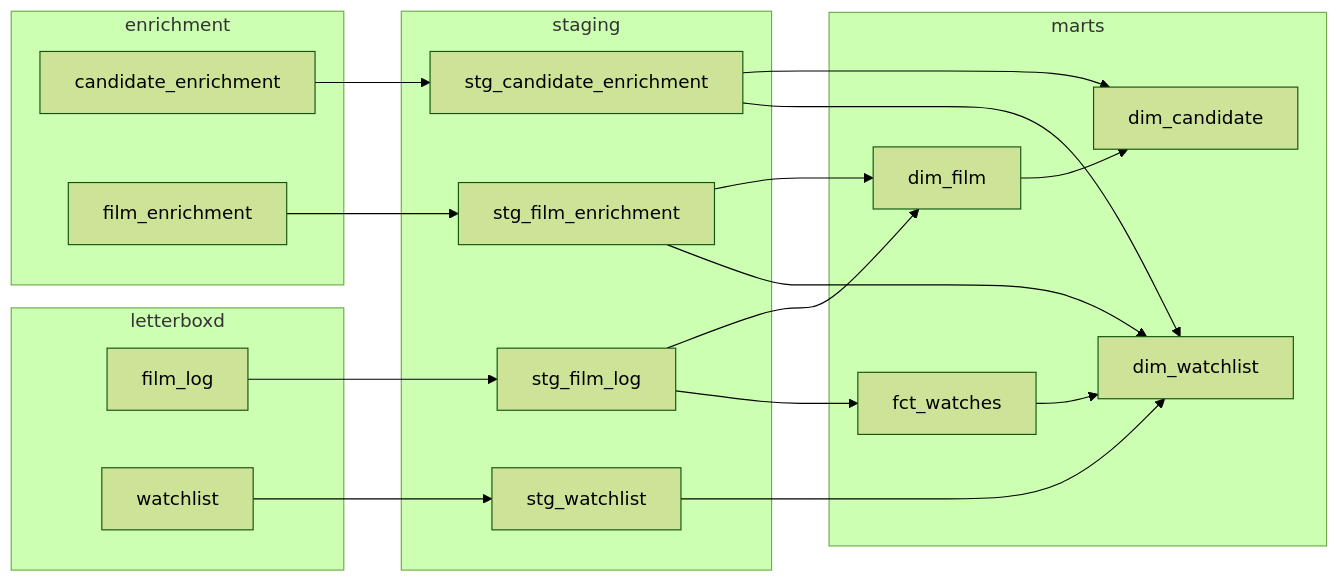
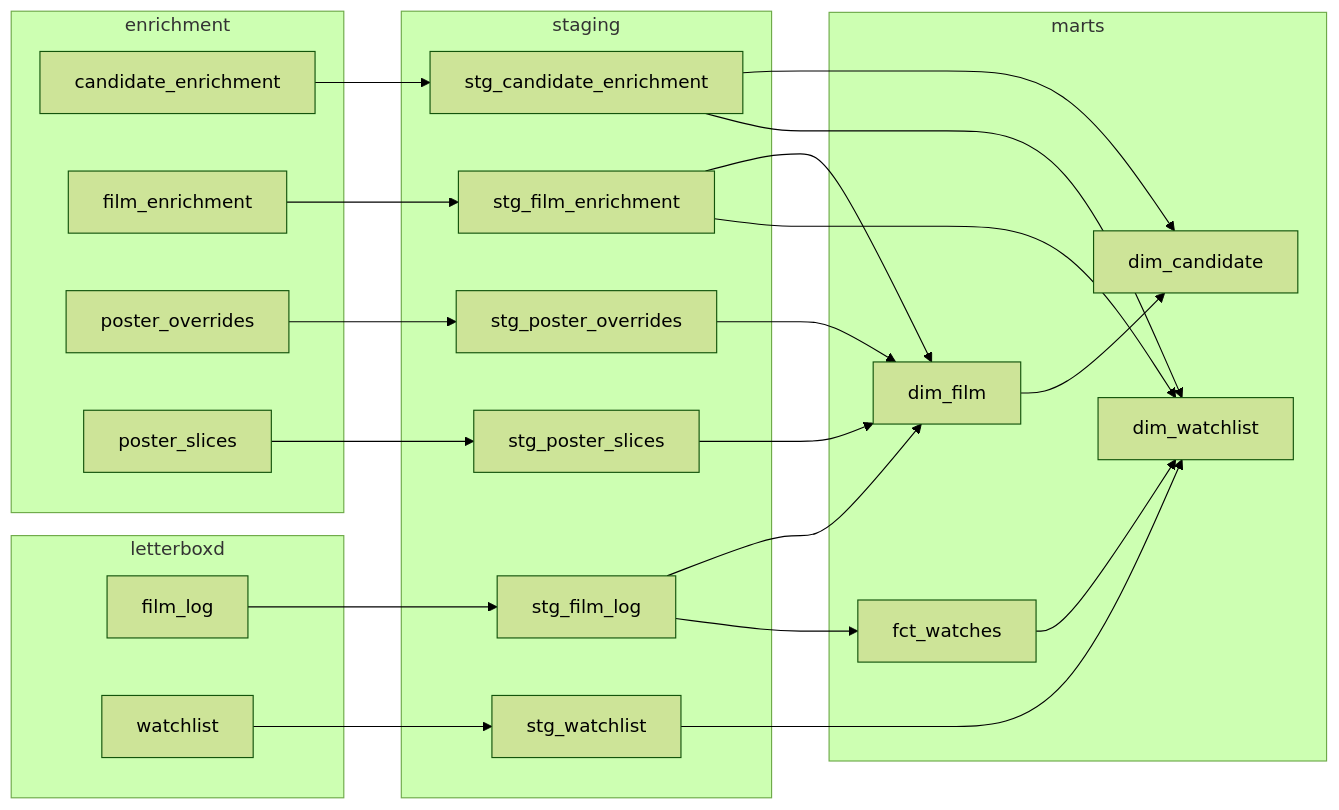
Before and after one commit to FeatherAnalytics/cinemetrics: the second of 3 diagrams in docs/ARCHITECTURE.md, drawn with Mermaid (forest theme). The commit also changed other lines of this file and 154 other files, not shown here.

````diff
--- a/docs/ARCHITECTURE.md
+++ b/docs/ARCHITECTURE.md
@@ -79,36 +80,44 @@
 ```mermaid
 flowchart LR
   subgraph letterboxd[letterboxd]
     film_log
     watchlist
   end
   subgraph enrichment[enrichment]
     candidate_enrichment
     film_enrichment
+    poster_overrides
+    poster_slices
   end
   subgraph staging[staging]
     stg_candidate_enrichment
     stg_film_enrichment
     stg_film_log
+    stg_poster_overrides
+    stg_poster_slices
     stg_watchlist
   end
   subgraph marts[marts]
     dim_candidate
     dim_film
     dim_watchlist
     fct_watches
   end
   candidate_enrichment --> stg_candidate_enrichment
   dim_film --> dim_candidate
   fct_watches --> dim_watchlist
   film_enrichment --> stg_film_enrichment
   film_log --> stg_film_log
+  poster_overrides --> stg_poster_overrides
+  poster_slices --> stg_poster_slices
   stg_candidate_enrichment --> dim_candidate
   stg_candidate_enrichment --> dim_watchlist
   stg_film_enrichment --> dim_film
   stg_film_enrichment --> dim_watchlist
   stg_film_log --> dim_film
   stg_film_log --> fct_watches
+  stg_poster_overrides --> dim_film
+  stg_poster_slices --> dim_film
   stg_watchlist --> dim_watchlist
   watchlist --> stg_watchlist
 ```
````
